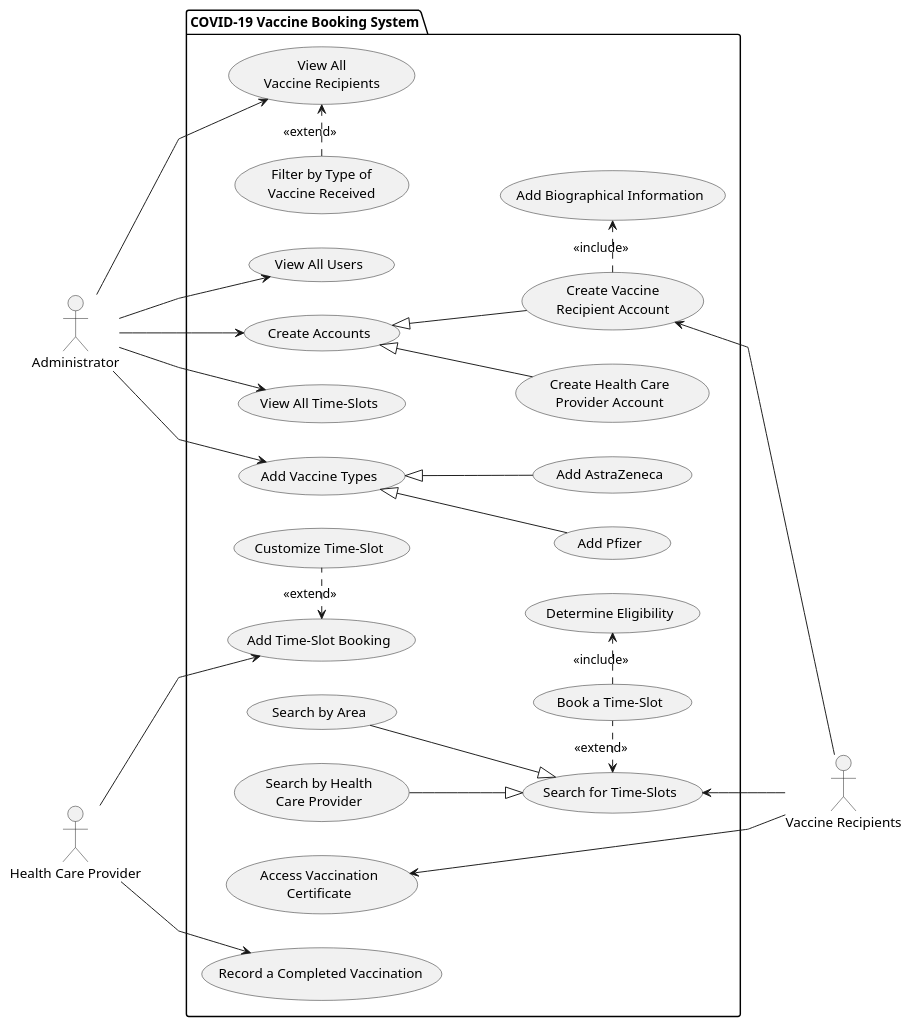
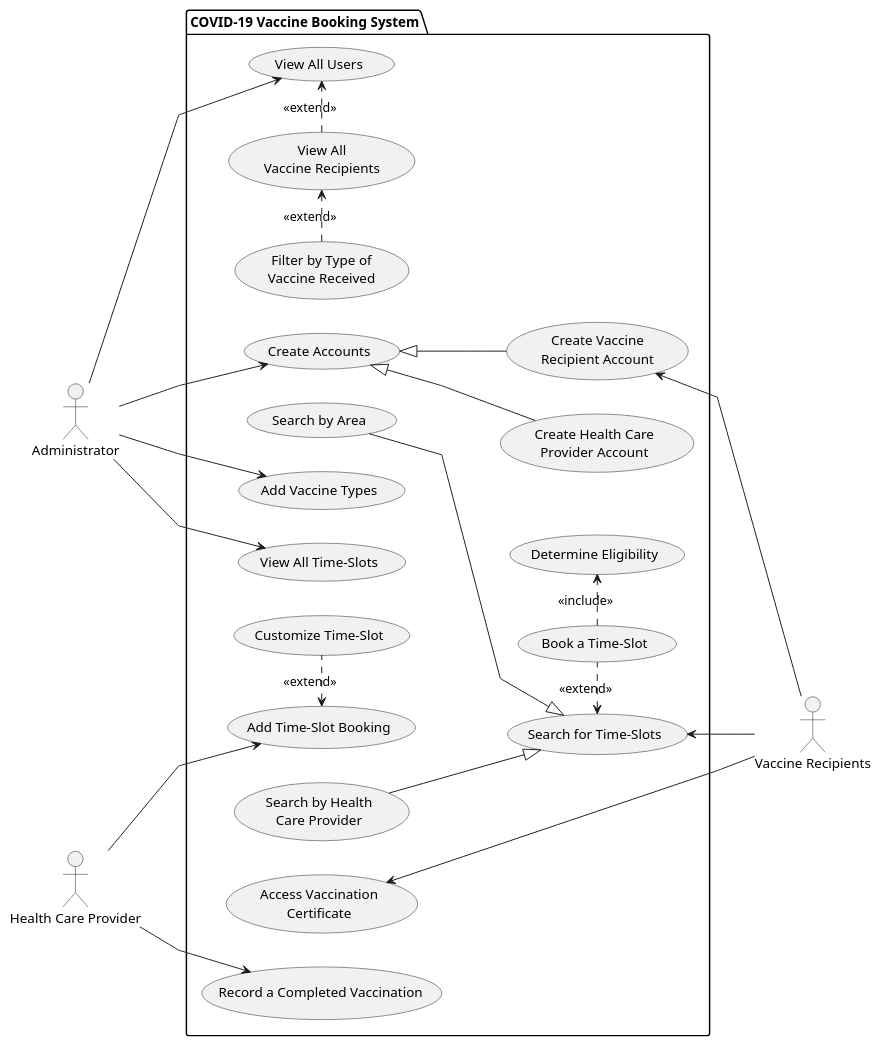
One commit to SWEN900072021/Covid19BookingSystem changed the diagram in docs/part1/UseCaseDiagram.puml. Above: the diagram before and after it, drawn with PlantUML.

Commit message:
Updated the use case diagram

```diff
--- a/docs/part1/UseCaseDiagram.puml
+++ b/docs/part1/UseCaseDiagram.puml
@@ -1,68 +1,54 @@
 @startuml
 'https://plantuml.com/use-case-diagram
 
 left to right direction
 
 actor :Administrator: as Admin
 actor :Vaccine Recipients:  as VR
 actor :Health Care Provider: as HCP
 
 skinparam linetype polyline
 
 package "COVID-19 Vaccine Booking System" {
+    usecase (Filter by Type of\nVaccine Received) as (FTVR)
     usecase (Create Accounts) as (CA)
     usecase (Add Vaccine Types) as (AVT)
-    usecase (Add AstraZeneca) as (AZ)
-    usecase (Add Pfizer) as (Pfizer)
-    usecase (View All Users) as (VAU)
     usecase (View All Time-Slots) as (VATS)
     usecase (View All\nVaccine Recipients) as (VAVR)
-    usecase (Filter by Type of\nVaccine Received) as (FTVR)
-    usecase (Add Biographical Information) as (ABR)
-    usecase (Search for Time-Slots) as (STS)
-    usecase (Search by Area) as (SA)
-    usecase (Search by Health\nCare Provider) as (SHCA)
+    usecase (View All Users) as (VAU)
     usecase (Create Vaccine\nRecipient Account) as (CVRA)
     usecase (Create Health Care\nProvider Account) as (CHRA)
     usecase (Book a Time-Slot) as (BTS)
     usecase (Determine Eligibility) as (DE)
     usecase (Access Vaccination\nCertificate) as (AVC)
     usecase (Add Time-Slot Booking) as (ATS)
+    usecase (Search for Time-Slots) as (STS)
+    usecase (Search by Area) as (SA)
+    usecase (Search by Health\nCare Provider) as (SHCA)
     usecase (Record a Completed Vaccination) as (RCV)
     usecase (Customize Time-Slot) as (CTS)
 }
 
 Admin --> (AVT)
 Admin --> (VAU)
 Admin --> (VATS)
-Admin --> (VAVR)
 Admin --> (CA)
 (STS) <-- VR
 (CVRA) <-- VR
 (AVC) <-- VR
 HCP --> (ATS)
 HCP --> (RCV)
 '(BTS) <-- VR
 
-(AVT) <|-- (AZ)
-(AVT) <|-- (Pfizer)
 (CA) <|-- (CVRA)
 (CA) <|-- (CHRA)
+(SHCA) --|> (STS)
 (SA) --|> (STS)
-(SHCA) --|> (STS)
 
+(VAVR) .> (VAU) : <<extend>>
+(FTVR) .> (VAVR) : <<extend>>
 (STS) <. (BTS) : <<extend>>
 (BTS) .> (DE) : <<include>>
-(CVRA) .> (ABR) : <<include>>
 (ATS) <. (CTS) : <<extend>>
-(FTVR) .> (VAVR) : <<extend>>
 
-'note right of (Use)
-'A note can also
-'be on several lines
-'end note
-
-'note "This note is connected\nto several objects." as N2
-'(Start) .. N2
-'N2 .. (Use)
 @enduml
```
